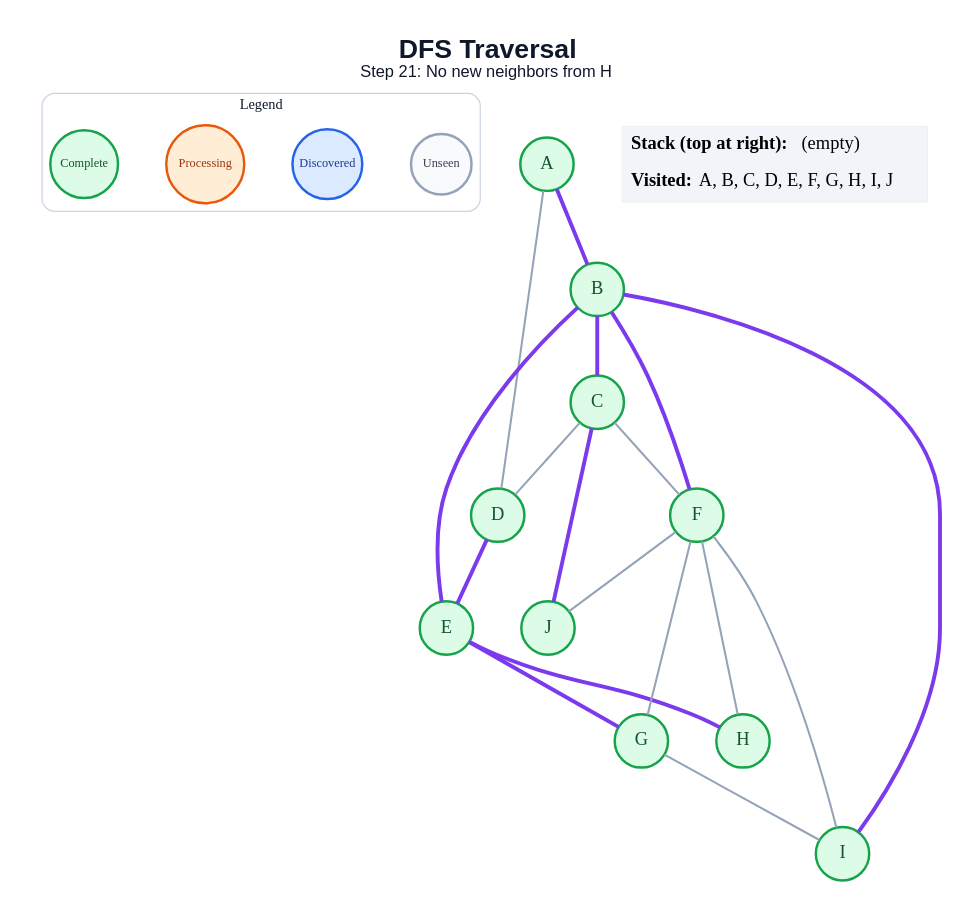
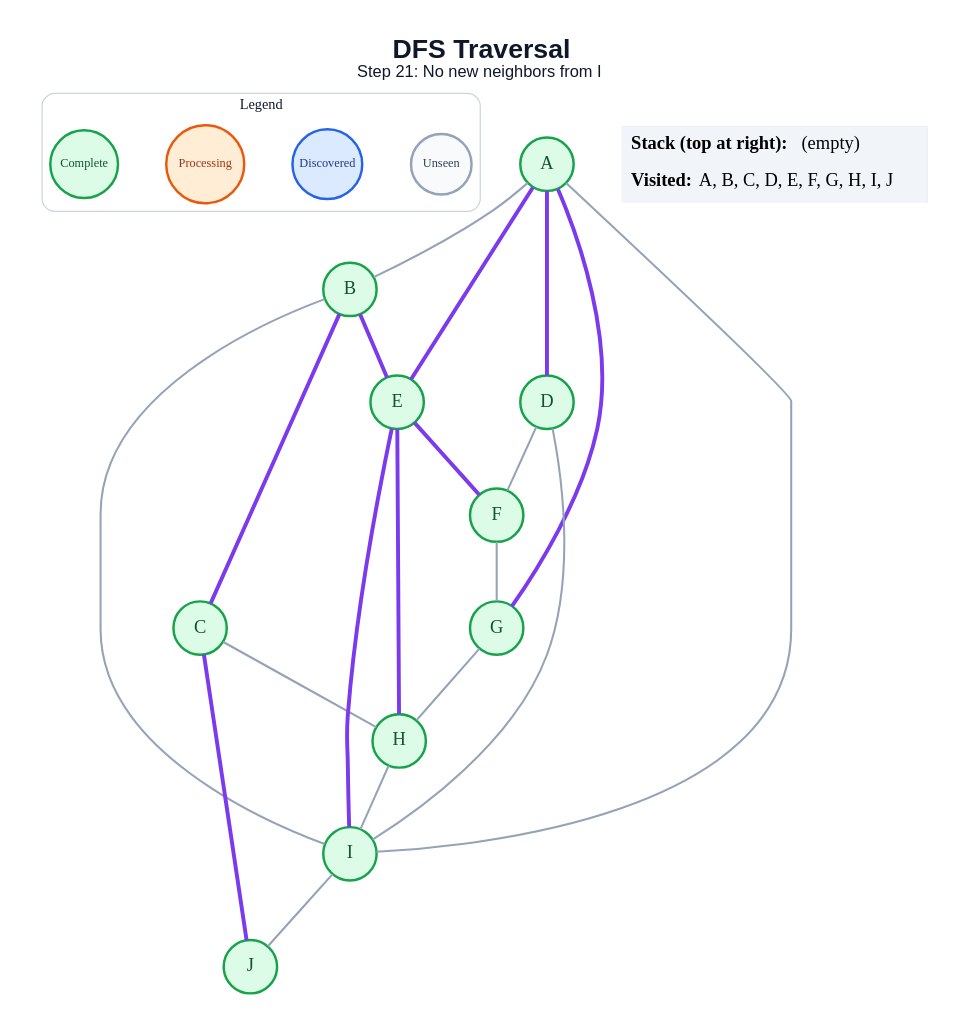
The diagram in generated/specific-node/dfs/step_21.dot (anon7238593-create/ai-slop), drawn with Graphviz before and after one commit. The commit also changed 178 other files, not shown here.

```diff
--- a/generated/specific-node/dfs/step_21.dot
+++ b/generated/specific-node/dfs/step_21.dot
@@ -1,46 +1,48 @@
 graph traversal {
   graph [layout=dot, rankdir=TB, bgcolor="#FFFFFF", pad="0.35", nodesep="0.65", ranksep="0.8", fontname="Arial"];
   node [shape=circle, style="filled", fontname="Arial Bold", fontsize=18, width=0.72, fixedsize=true, penwidth=2.4];
   edge [color="#94A3B8", penwidth=2.0];
-  label=<<B>DFS Traversal</B><BR/><FONT POINT-SIZE="16">Step 21: No new neighbors from H</FONT>>; labelloc="t"; fontsize=26; fontname="Arial"; fontcolor="#0F172A";
+  label=<<B>DFS Traversal</B><BR/><FONT POINT-SIZE="16">Step 21: No new neighbors from I</FONT>>; labelloc="t"; fontsize=26; fontname="Arial"; fontcolor="#0F172A";
   subgraph cluster_legend { label="Legend"; color="#CBD5E1"; penwidth=1.2; style="rounded"; fontsize=14; fontname="Arial Bold";
     key_unseen [label="Unseen", fillcolor="#F8FAFC", color="#94A3B8", fontcolor="#334155", fontsize=12, width=0.82];
     key_frontier [label="Discovered", fillcolor="#DBEAFE", color="#2563EB", fontcolor="#1E3A8A", fontsize=12, width=0.95];
     key_current [label="Processing", fillcolor="#FFEDD5", color="#EA580C", fontcolor="#9A3412", fontsize=12, width=1.05];
     key_done [label="Complete", fillcolor="#DCFCE7", color="#16A34A", fontcolor="#14532D", fontsize=12, width=0.92];
     { rank=same; key_unseen; key_frontier; key_current; key_done; }
   }
   A [fillcolor="#DCFCE7", color="#16A34A", fontcolor="#14532D"];
   B [fillcolor="#DCFCE7", color="#16A34A", fontcolor="#14532D"];
   C [fillcolor="#DCFCE7", color="#16A34A", fontcolor="#14532D"];
   D [fillcolor="#DCFCE7", color="#16A34A", fontcolor="#14532D"];
   E [fillcolor="#DCFCE7", color="#16A34A", fontcolor="#14532D"];
   F [fillcolor="#DCFCE7", color="#16A34A", fontcolor="#14532D"];
   G [fillcolor="#DCFCE7", color="#16A34A", fontcolor="#14532D"];
   H [fillcolor="#DCFCE7", color="#16A34A", fontcolor="#14532D"];
   I [fillcolor="#DCFCE7", color="#16A34A", fontcolor="#14532D"];
   J [fillcolor="#DCFCE7", color="#16A34A", fontcolor="#14532D"];
-  A -- B [color="#7C3AED", penwidth=3.8];
-  A -- D;
+  A -- B;
+  A -- D [color="#7C3AED", penwidth=3.8];
+  A -- E [color="#7C3AED", penwidth=3.8];
+  A -- G [color="#7C3AED", penwidth=3.8];
+  A -- I;
   B -- C [color="#7C3AED", penwidth=3.8];
   B -- E [color="#7C3AED", penwidth=3.8];
-  B -- F [color="#7C3AED", penwidth=3.8];
-  B -- I [color="#7C3AED", penwidth=3.8];
-  C -- D;
-  C -- F;
+  B -- I;
+  C -- H;
   C -- J [color="#7C3AED", penwidth=3.8];
-  D -- E [color="#7C3AED", penwidth=3.8];
-  E -- G [color="#7C3AED", penwidth=3.8];
+  D -- F;
+  D -- I;
+  E -- F [color="#7C3AED", penwidth=3.8];
   E -- H [color="#7C3AED", penwidth=3.8];
+  E -- I [color="#7C3AED", penwidth=3.8];
   F -- G;
-  F -- H;
-  F -- I;
-  F -- J;
-  G -- I;
+  G -- H;
+  H -- I;
+  I -- J;
   status [shape=plain, fixedsize=false, width=0, height=0, margin=0, label=<
     <TABLE BORDER="0" CELLBORDER="0" CELLPADDING="7" BGCOLOR="#F1F5F9">
       <TR><TD ALIGN="LEFT"><B>Stack (top at right):</B> (empty)</TD></TR>
       <TR><TD ALIGN="LEFT"><B>Visited:</B> A, B, C, D, E, F, G, H, I, J</TD></TR>
     </TABLE>
   >];
 }
```
